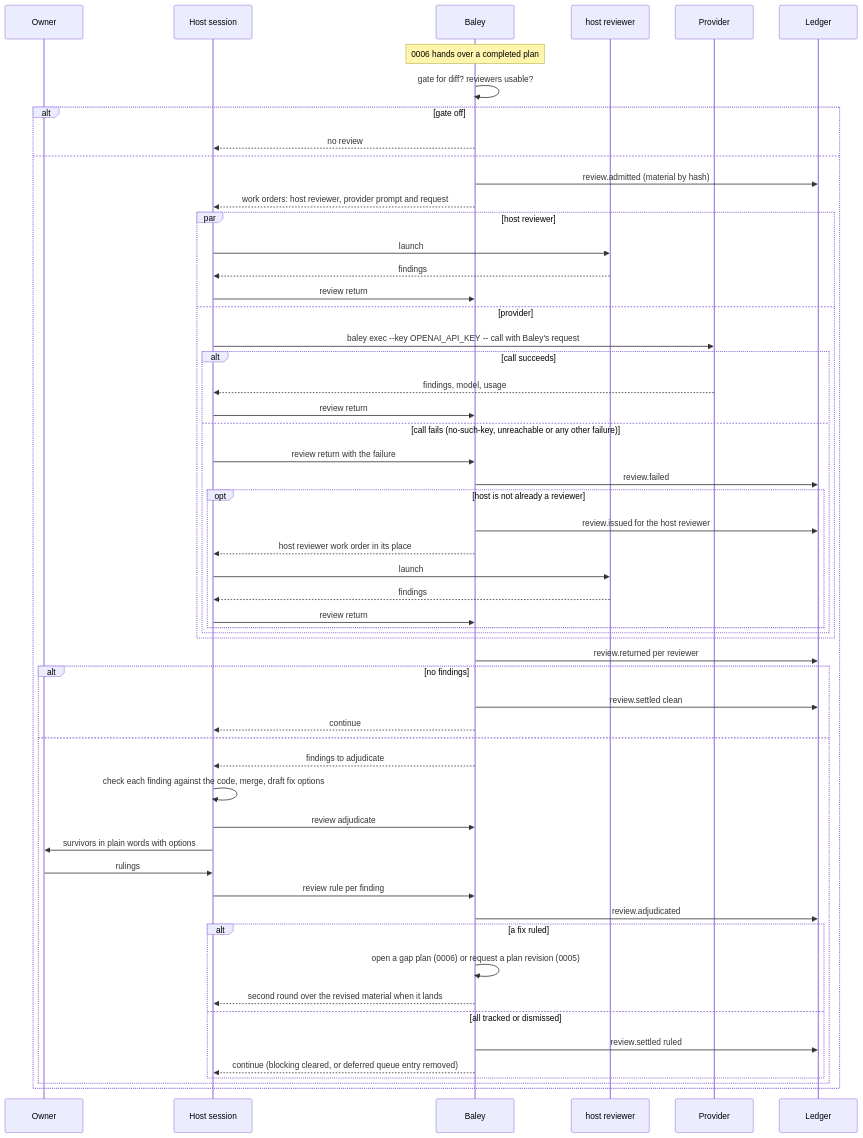
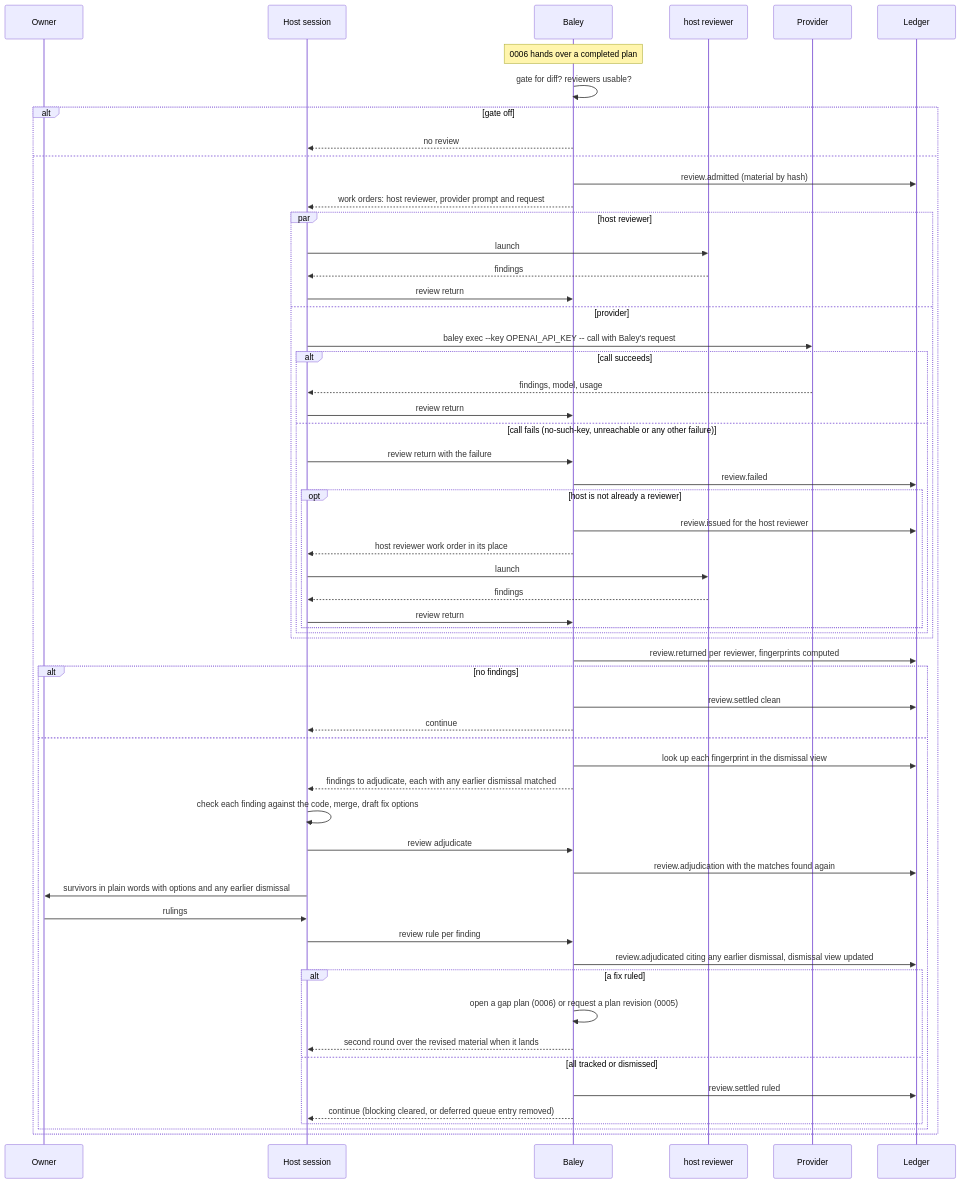
The fourth of 6 diagrams in docs/design/0008-review.md (crenshawdev/baley), drawn with Mermaid before and after one commit. The commit also changed other lines of this file and 21 other files, not shown here.

````diff
--- a/docs/design/0008-review.md
+++ b/docs/design/0008-review.md
@@ -238,58 +261,60 @@
 ```mermaid
 sequenceDiagram
   participant O as Owner
   participant H as Host session
   participant B as Baley
   participant R as host reviewer
   participant P as Provider
   participant L as Ledger
   Note over B: 0006 hands over a completed plan
   B->>B: gate for diff? reviewers usable?
   alt gate off
     B-->>H: no review
   else
     B->>L: review.admitted (material by hash)
     B-->>H: work orders: host reviewer, provider prompt and request
     par host reviewer
       H->>R: launch
       R-->>H: findings
       H->>B: review return
     and provider
       H->>P: baley exec --key OPENAI_API_KEY -- call with Baley's request
       alt call succeeds
         P-->>H: findings, model, usage
         H->>B: review return
       else call fails (no-such-key, unreachable or any other failure)
         H->>B: review return with the failure
         B->>L: review.failed
         opt host is not already a reviewer
           B->>L: review.issued for the host reviewer
           B-->>H: host reviewer work order in its place
           H->>R: launch
           R-->>H: findings
           H->>B: review return
         end
       end
     end
-    B->>L: review.returned per reviewer
+    B->>L: review.returned per reviewer, fingerprints computed
     alt no findings
       B->>L: review.settled clean
       B-->>H: continue
     else
-      B-->>H: findings to adjudicate
+      B->>L: look up each fingerprint in the dismissal view
+      B-->>H: findings to adjudicate, each with any earlier dismissal matched
       H->>H: check each finding against the code, merge, draft fix options
       H->>B: review adjudicate
-      H->>O: survivors in plain words with options
+      B->>L: review.adjudication with the matches found again
+      H->>O: survivors in plain words with options and any earlier dismissal
       O->>H: rulings
       H->>B: review rule per finding
-      B->>L: review.adjudicated
+      B->>L: review.adjudicated citing any earlier dismissal, dismissal view updated
       alt a fix ruled
         B->>B: open a gap plan (0006) or request a plan revision (0005)
         B-->>H: second round over the revised material when it lands
       else all tracked or dismissed
         B->>L: review.settled ruled
         B-->>H: continue (blocking cleared, or deferred queue entry removed)
       end
     end
   end
 ```
````
